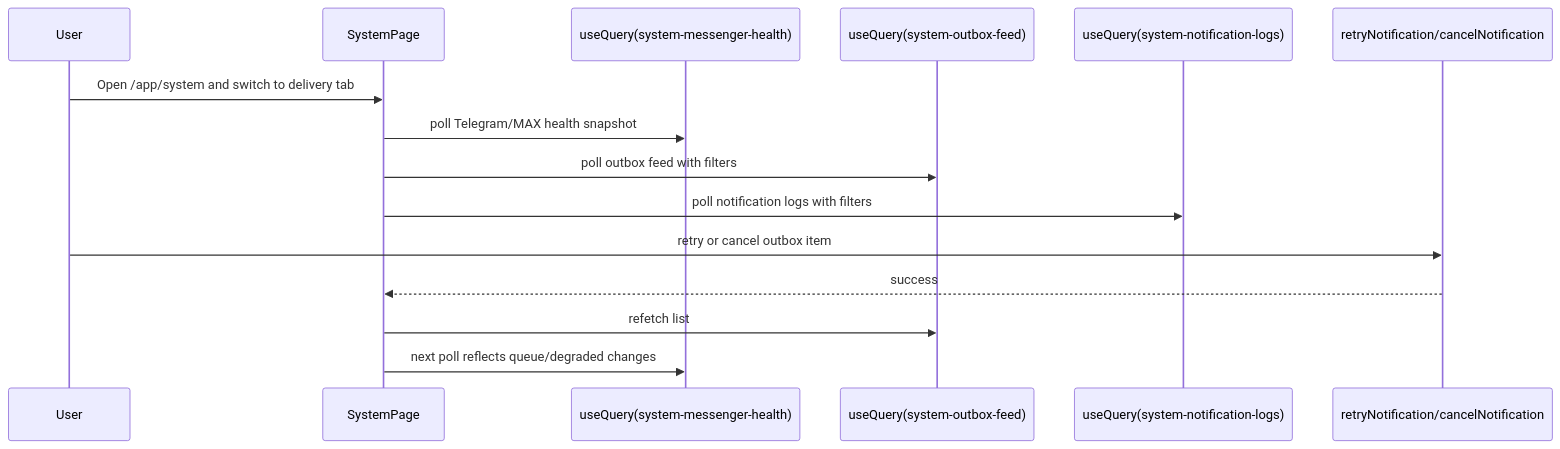
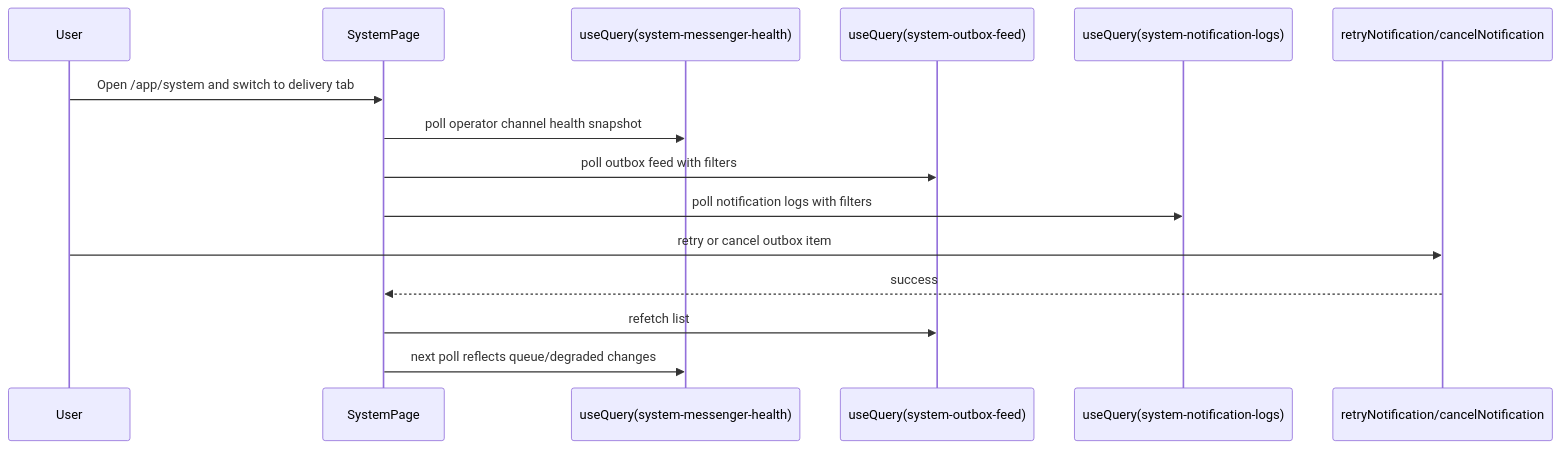
The third of 5 diagrams in docs/frontend/state-flows.md (padka/HR), drawn with Mermaid before and after one commit. The commit also changed other lines of this file and 68 other files, not shown here.

````diff
--- a/docs/frontend/state-flows.md
+++ b/docs/frontend/state-flows.md
@@ -197,18 +93,18 @@
 ```mermaid
 sequenceDiagram
   participant User
   participant Page as SystemPage
   participant HealthQ as useQuery(system-messenger-health)
   participant OutboxQ as useQuery(system-outbox-feed)
   participant LogsQ as useQuery(system-notification-logs)
   participant Mut as retryNotification/cancelNotification
 
   User->>Page: Open /app/system and switch to delivery tab
-  Page->>HealthQ: poll Telegram/MAX health snapshot
+  Page->>HealthQ: poll operator channel health snapshot
   Page->>OutboxQ: poll outbox feed with filters
   Page->>LogsQ: poll notification logs with filters
   User->>Mut: retry or cancel outbox item
   Mut-->>Page: success
   Page->>OutboxQ: refetch list
   Page->>HealthQ: next poll reflects queue/degraded changes
 ```
````
